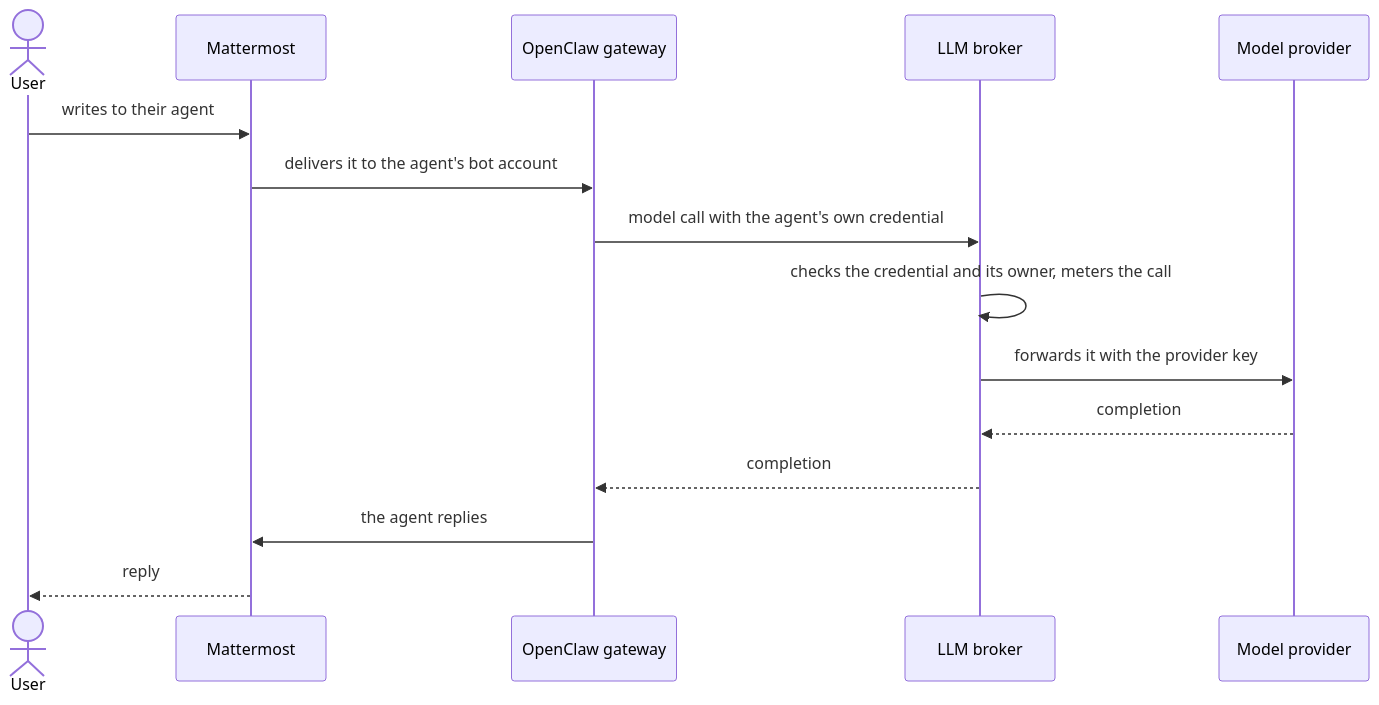
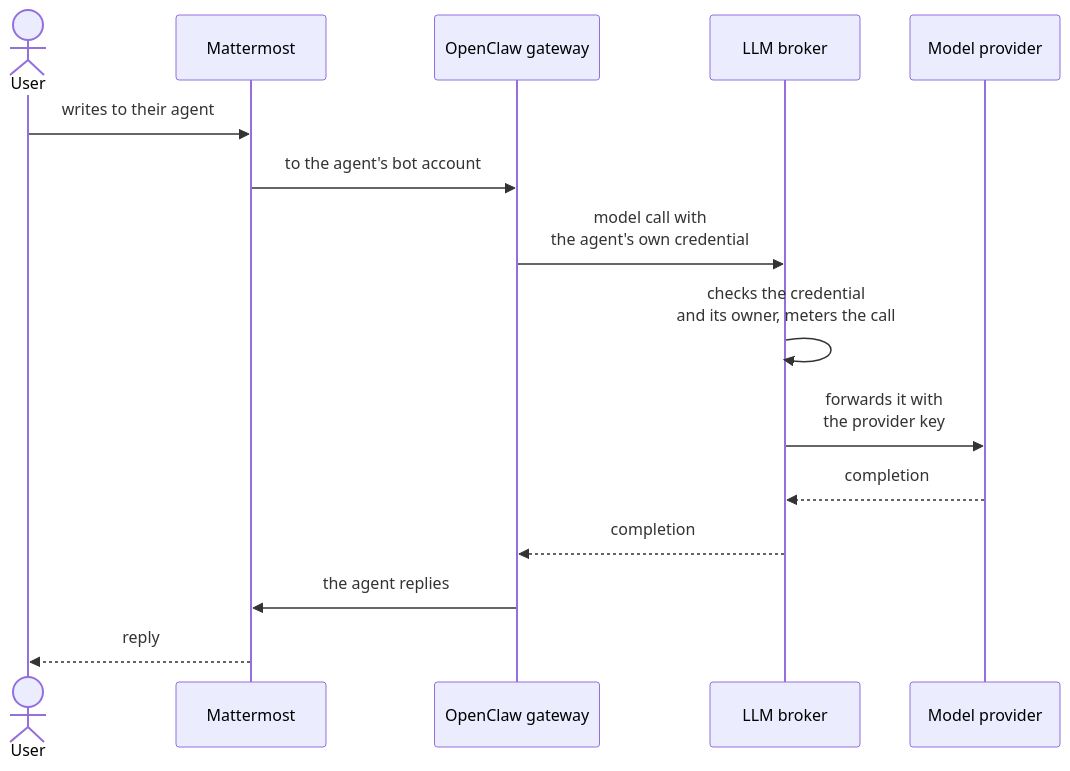
Before and after one commit to octogee-ai/octogee-cloud: the third of 5 diagrams in README.md, drawn with Mermaid. The commit also changed other lines of this file, not shown here.

First line of the commit message:
Make the README diagrams narrower

````diff
--- a/README.md
+++ b/README.md
@@ -158,18 +157,18 @@
 ```mermaid
 sequenceDiagram
   actor User
   participant Mattermost
   participant Gateway as OpenClaw gateway
   participant Broker as LLM broker
   participant Provider as Model provider
 
   User->>Mattermost: writes to their agent
-  Mattermost->>Gateway: delivers it to the agent's bot account
-  Gateway->>Broker: model call with the agent's own credential
-  Broker->>Broker: checks the credential and its owner, meters the call
-  Broker->>Provider: forwards it with the provider key
+  Mattermost->>Gateway: to the agent's bot account
+  Gateway->>Broker: model call with<br/>the agent's own credential
+  Broker->>Broker: checks the credential<br/>and its owner, meters the call
+  Broker->>Provider: forwards it with<br/>the provider key
   Provider-->>Broker: completion
   Broker-->>Gateway: completion
   Gateway->>Mattermost: the agent replies
   Mattermost-->>User: reply
 ```
````
